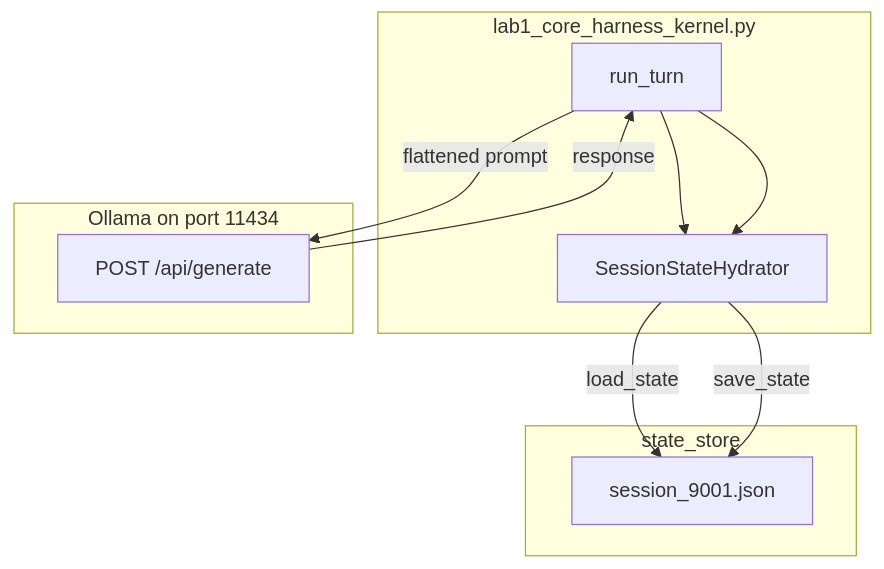
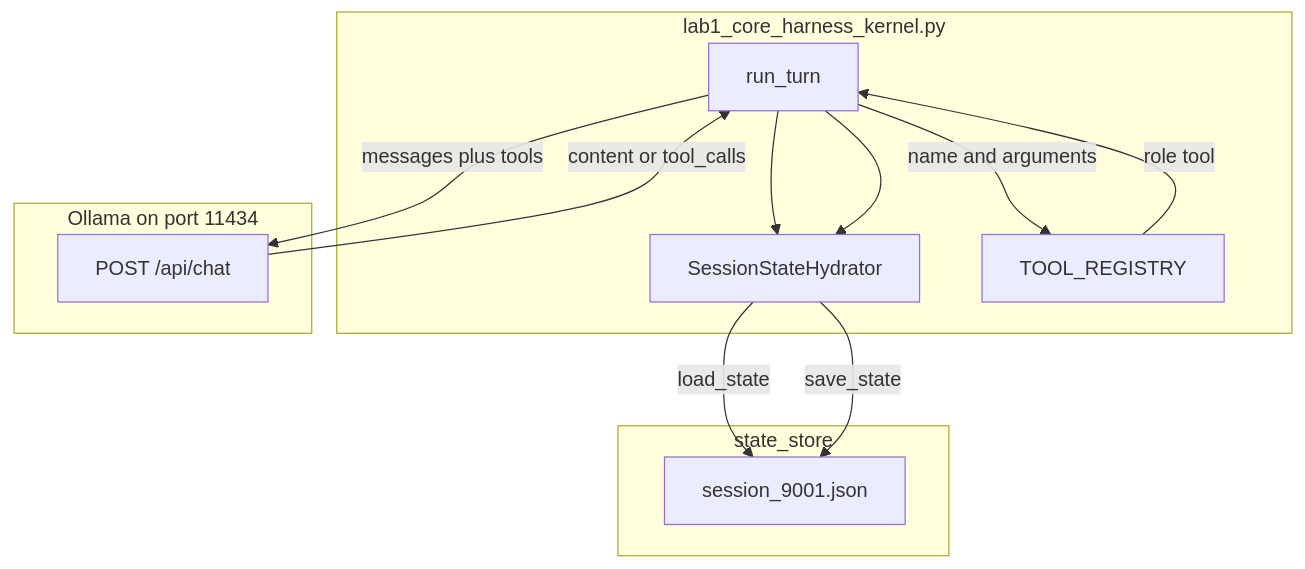
Before and after one commit to jacobbweber/AgenticAI-Labs: the diagram in education/07_one_agent/00_persona_tools_loop_state.md, drawn with Mermaid. The commit also changed other lines of this file and 1 other file, not shown here.

Commit message:
Tidy chapter 07: intended chat walkthrough and env-only body

````diff
--- a/education/07_one_agent/00_persona_tools_loop_state.md
+++ b/education/07_one_agent/00_persona_tools_loop_state.md
@@ -46,19 +48,22 @@
 ```mermaid
 flowchart TD
     subgraph agent_kernel [lab1_core_harness_kernel.py]
         RUN["run_turn"]
         HYD["SessionStateHydrator"]
+        REG["TOOL_REGISTRY"]
     end
     subgraph agent_file [state_store]
         JSON["session_9001.json"]
     end
     subgraph agent_host [Ollama on port 11434]
-        GEN["POST /api/generate"]
+        CHAT["POST /api/chat"]
     end
     RUN --> HYD
     HYD -->|"load_state"| JSON
-    RUN -->|"flattened prompt"| GEN
-    GEN -->|"response"| RUN
+    RUN -->|"messages plus tools"| CHAT
+    CHAT -->|"content or tool_calls"| RUN
+    RUN -->|"name and arguments"| REG
+    REG -->|"role tool"| RUN
     RUN --> HYD
     HYD -->|"save_state"| JSON
 ```
````
